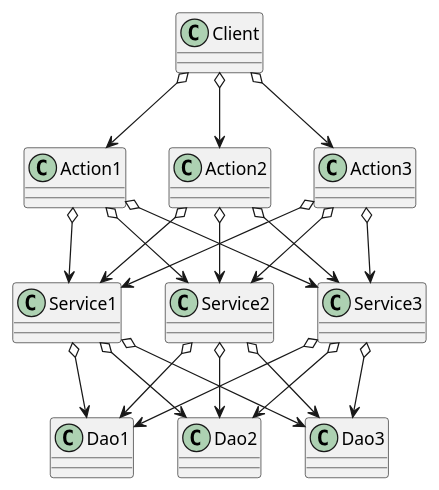
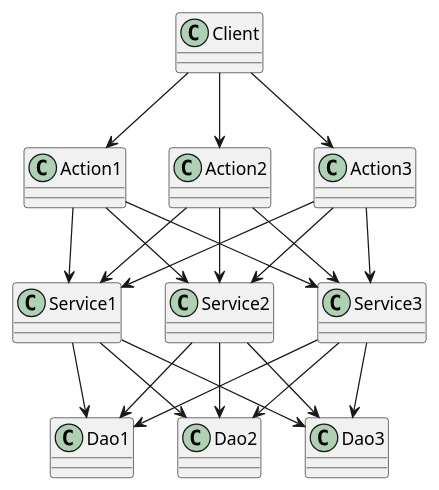
The diagram in src/main/java/com/kco/pattern/facade/外观模式3.puml (kco1989/examples), drawn with PlantUML before and after one commit. The commit also changed 16 other files, not shown here.

```diff
--- a/src/main/java/com/kco/pattern/facade/外观模式3.puml
+++ b/src/main/java/com/kco/pattern/facade/外观模式3.puml
@@ -1,42 +1,42 @@
 @startuml
 class Client
 
 class Action1
 class Action2
 class Action3
 
 class Service1
 class Service2
 class Service3
 
 class Dao1
 class Dao2
 class Dao3
 
-Client o--> Action1
-Client o--> Action2
-Client o--> Action3
+Client --> Action1
+Client --> Action2
+Client --> Action3
 
-Action1 o--> Service1
-Action1 o--> Service2
-Action1 o--> Service3
-Action2 o--> Service1
-Action2 o--> Service2
-Action2 o--> Service3
-Action3 o--> Service1
-Action3 o--> Service2
-Action3 o--> Service3
+Action1 --> Service1
+Action1 --> Service2
+Action1 --> Service3
+Action2 --> Service1
+Action2 --> Service2
+Action2 --> Service3
+Action3 --> Service1
+Action3 --> Service2
+Action3 --> Service3
 
-Service1 o--> Dao1
-Service1 o--> Dao2
-Service1 o--> Dao3
-Service2 o--> Dao1
-Service2 o--> Dao2
-Service2 o--> Dao3
-Service3 o--> Dao1
-Service3 o--> Dao2
-Service3 o--> Dao3
+Service1 --> Dao1
+Service1 --> Dao2
+Service1 --> Dao3
+Service2 --> Dao1
+Service2 --> Dao2
+Service2 --> Dao3
+Service3 --> Dao1
+Service3 --> Dao2
+Service3 --> Dao3
 
 
 
 @enduml
```
